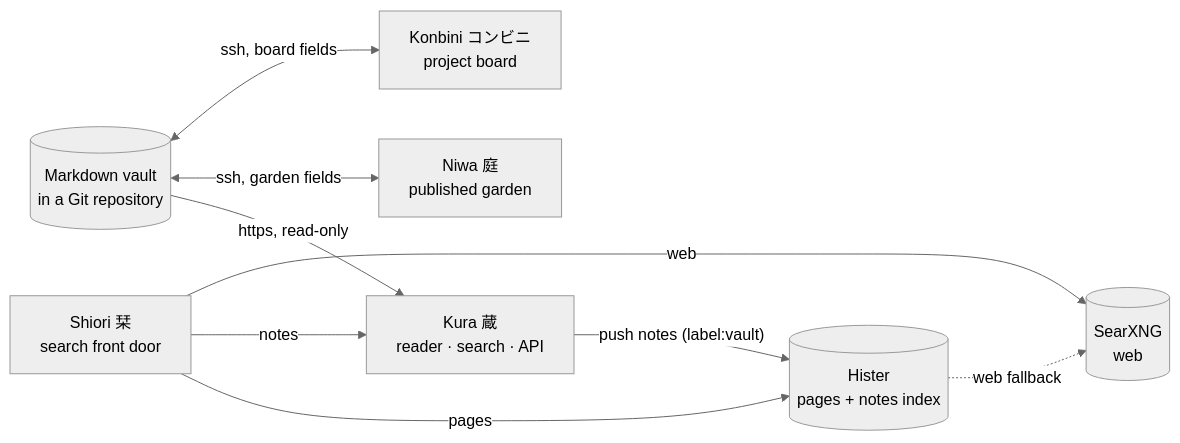
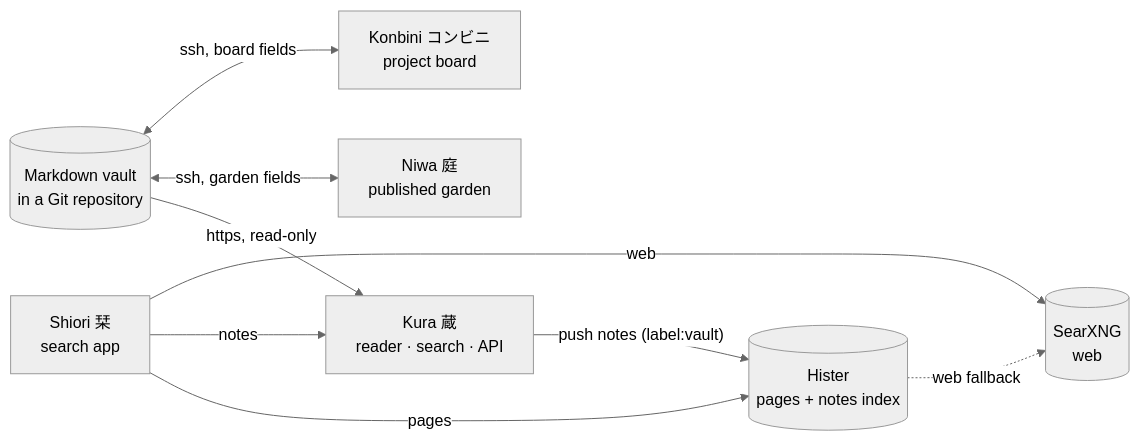
The diagram in README.md (machiya-kobo/machiya), drawn with Mermaid (neutral theme) before and after one commit. The commit also changed other lines of this file, not shown here.

Commit message:
machiya: README: the shared one-line definition, Shiori as the search app (with Linux and Haiku), plain wording, no em-dash lists; the plugin line matches its one MCP connection (owner)

````diff
--- a/README.md
+++ b/README.md
@@ -21,19 +23,19 @@
 ```mermaid
 flowchart LR
     vault[("Markdown vault<br/>in a Git repository")]
     kura["Kura 蔵<br/>reader · search · API"]
     niwa["Niwa 庭<br/>published garden"]
     konbini["Konbini コンビニ<br/>project board"]
-    shiori["Shiori 栞<br/>search front door"]
+    shiori["Shiori 栞<br/>search app"]
     hister[("Hister<br/>pages + notes index")]
     searx[("SearXNG<br/>web")]
 
     vault -- "https, read-only" --> kura
     vault <-- "ssh, garden fields" --> niwa
     vault <-- "ssh, board fields" --> konbini
     kura -- "push notes (label:vault)" --> hister
     shiori -- pages --> hister
     shiori -- notes --> kura
     shiori -- web --> searx
     hister -. "web fallback" .-> searx
 ```
````
